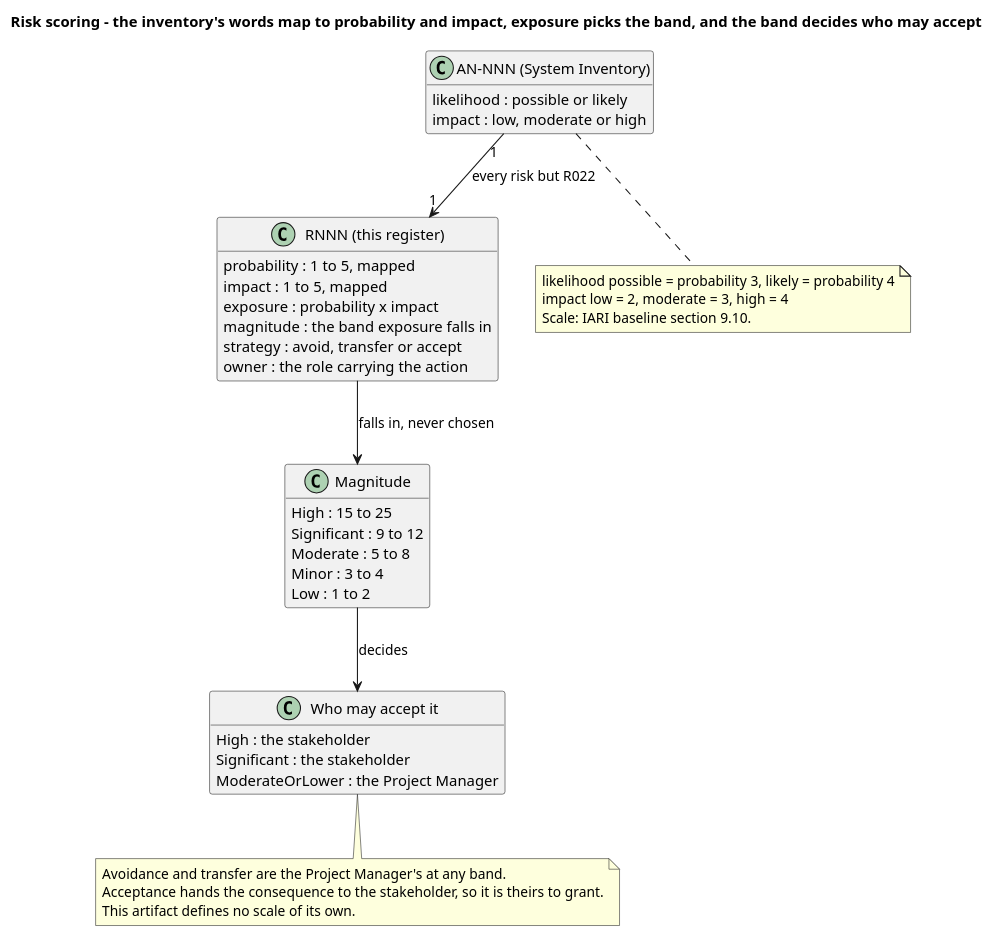
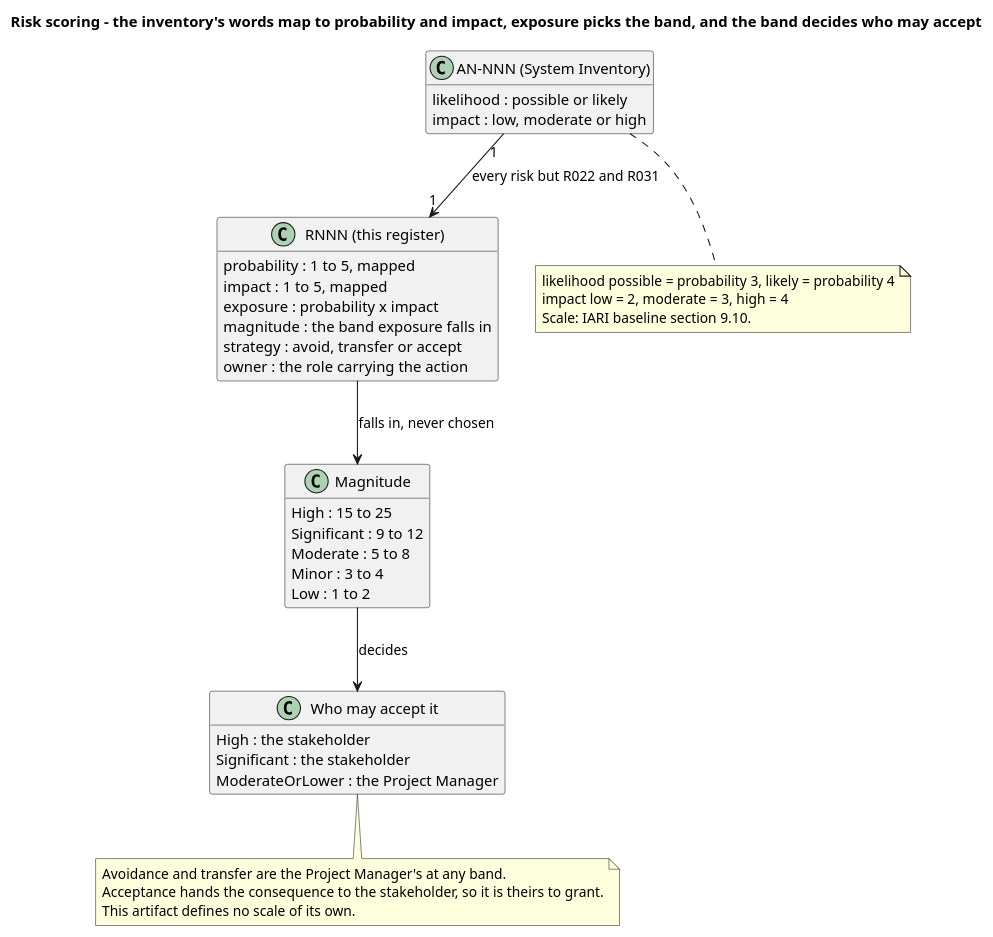
One commit to banense-test/TodoApp changed the first of 2 diagrams in docs/artifacts/project-management/risk-list.md. Above: the diagram before and after it, drawn with PlantUML. The commit also changed other lines of this file, not shown here.

First line of the commit message:
Project Manager [Excavation1]: upsert Risk List

````diff
--- a/docs/artifacts/project-management/risk-list.md
+++ b/docs/artifacts/project-management/risk-list.md
@@ -47,47 +47,47 @@
 ```plantuml
 @startuml
 title Risk scoring - the inventory's words map to probability and impact, exposure picks the band, and the band decides who may accept
 
 skinparam shadowing false
 skinparam classAttributeIconSize 0
 hide empty members
 
 class "AN-NNN (System Inventory)" as AN {
   likelihood : possible or likely
   impact : low, moderate or high
 }
 class "RNNN (this register)" as RISK {
   probability : 1 to 5, mapped
   impact : 1 to 5, mapped
   exposure : probability x impact
   magnitude : the band exposure falls in
   strategy : avoid, transfer or accept
   owner : the role carrying the action
 }
 class "Magnitude" as M {
   High : 15 to 25
   Significant : 9 to 12
   Moderate : 5 to 8
   Minor : 3 to 4
   Low : 1 to 2
 }
 class "Who may accept it" as A {
   High : the stakeholder
   Significant : the stakeholder
   ModerateOrLower : the Project Manager
 }
-AN "1" --> "1" RISK : every risk but R022
+AN "1" --> "1" RISK : every risk but R022 and R031
 RISK --> M : falls in, never chosen
 M --> A : decides
 note bottom of AN
   likelihood possible = probability 3, likely = probability 4
   impact low = 2, moderate = 3, high = 4
   Scale: IARI baseline section 9.10.
 end note
 note bottom of A
   Avoidance and transfer are the Project Manager's at any band.
   Acceptance hands the consequence to the stakeholder, so it is theirs to grant.
   This artifact defines no scale of its own.
 end note
 @enduml
 ```
````
